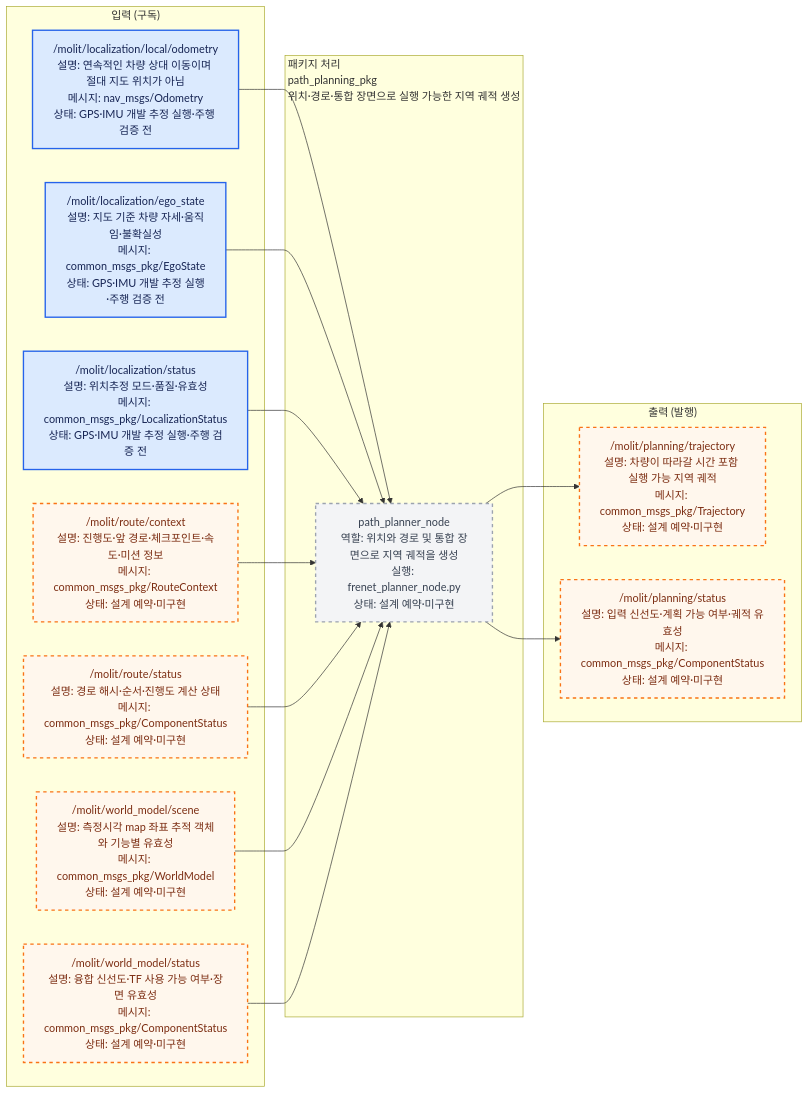
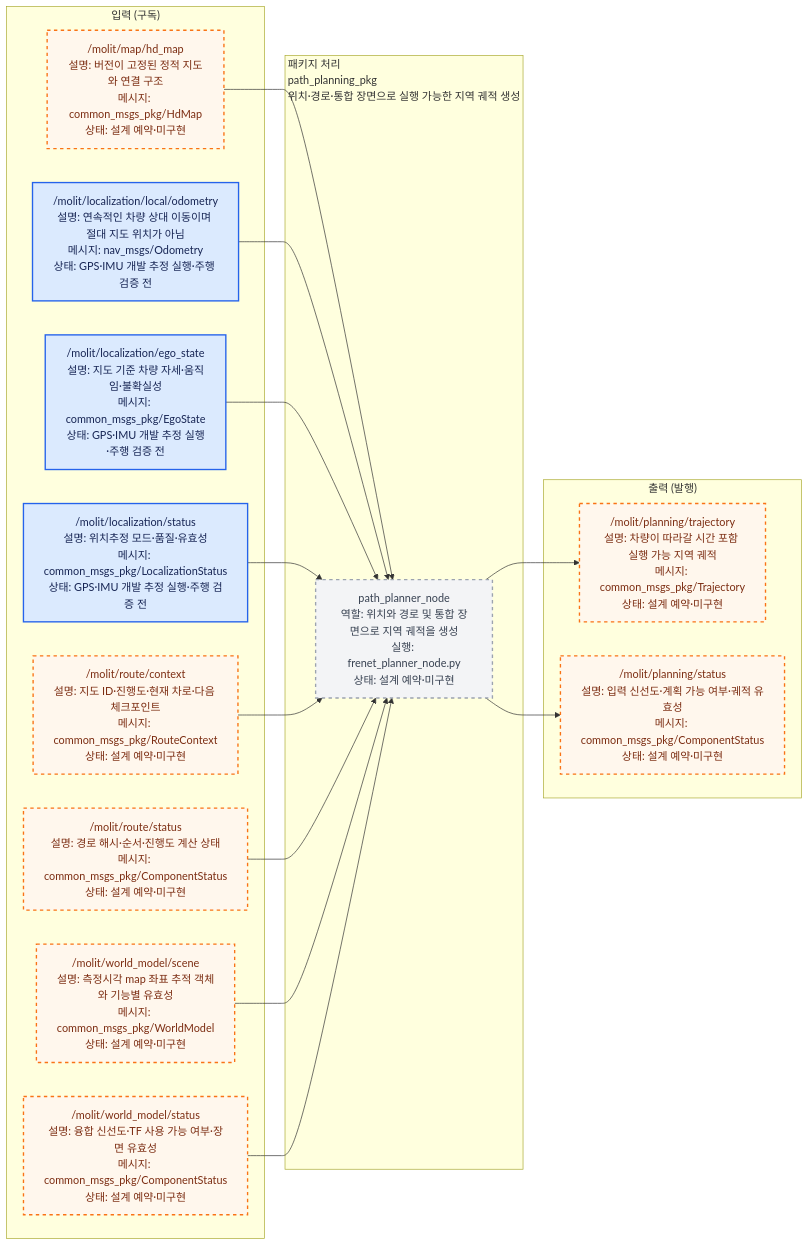
One commit to Team-Stier/Morai_Sim_team2 changed the diagram in src/path_planning_pkg/docs/interface_io.mmd. Above: the diagram before and after it, drawn with Mermaid. The commit also changed 37 other files, not shown here.

First line of the commit message:
정적 HD맵 캐시로 Route 진행 메시지 경량화

```diff
--- a/src/path_planning_pkg/docs/interface_io.mmd
+++ b/src/path_planning_pkg/docs/interface_io.mmd
@@ -1,47 +1,50 @@
 %% AUTO-GENERATED by ros_architecture_pkg/scripts/generate_interface_diagrams.py. DO NOT EDIT.
 %% Source of truth: ros_architecture_pkg/config/interface_contract.yaml
 flowchart LR
     classDef liveNode fill:#dcfce7,color:#14532d,stroke:#16a34a,stroke-width:2px;
     classDef reservedNode fill:#f3f4f6,color:#374151,stroke:#9ca3af,stroke-width:2px,stroke-dasharray: 5 5;
     classDef liveTopic fill:#dbeafe,color:#172554,stroke:#2563eb,stroke-width:2px;
     classDef reservedTopic fill:#fff7ed,color:#7c2d12,stroke:#f97316,stroke-width:2px,stroke-dasharray: 5 5;
     classDef emptyPort fill:#ffffff,color:#6b7280,stroke:#d1d5db,stroke-dasharray: 3 3;
     classDef externalEndpoint fill:#f3e8ff,color:#581c87,stroke:#9333ea,stroke-width:3px;
 
     subgraph INPUTS["입력 (구독)"]
-        input_000["/molit/localization/local/odometry<br/>설명: 연속적인 차량 상대 이동이며 절대 지도 위치가 아님<br/>메시지: nav_msgs/Odometry<br/>상태: GPS·IMU 개발 추정 실행·주행 검증 전"]
-        input_001["/molit/localization/ego_state<br/>설명: 지도 기준 차량 자세·움직임·불확실성<br/>메시지: common_msgs_pkg/EgoState<br/>상태: GPS·IMU 개발 추정 실행·주행 검증 전"]
-        input_002["/molit/localization/status<br/>설명: 위치추정 모드·품질·유효성<br/>메시지: common_msgs_pkg/LocalizationStatus<br/>상태: GPS·IMU 개발 추정 실행·주행 검증 전"]
-        input_003["/molit/route/context<br/>설명: 진행도·앞 경로·체크포인트·속도·미션 정보<br/>메시지: common_msgs_pkg/RouteContext<br/>상태: 설계 예약·미구현"]
-        input_004["/molit/route/status<br/>설명: 경로 해시·순서·진행도 계산 상태<br/>메시지: common_msgs_pkg/ComponentStatus<br/>상태: 설계 예약·미구현"]
-        input_005["/molit/world_model/scene<br/>설명: 측정시각 map 좌표 추적 객체와 기능별 유효성<br/>메시지: common_msgs_pkg/WorldModel<br/>상태: 설계 예약·미구현"]
-        input_006["/molit/world_model/status<br/>설명: 융합 신선도·TF 사용 가능 여부·장면 유효성<br/>메시지: common_msgs_pkg/ComponentStatus<br/>상태: 설계 예약·미구현"]
+        input_000["/molit/map/hd_map<br/>설명: 버전이 고정된 정적 지도와 연결 구조<br/>메시지: common_msgs_pkg/HdMap<br/>상태: 설계 예약·미구현"]
+        input_001["/molit/localization/local/odometry<br/>설명: 연속적인 차량 상대 이동이며 절대 지도 위치가 아님<br/>메시지: nav_msgs/Odometry<br/>상태: GPS·IMU 개발 추정 실행·주행 검증 전"]
+        input_002["/molit/localization/ego_state<br/>설명: 지도 기준 차량 자세·움직임·불확실성<br/>메시지: common_msgs_pkg/EgoState<br/>상태: GPS·IMU 개발 추정 실행·주행 검증 전"]
+        input_003["/molit/localization/status<br/>설명: 위치추정 모드·품질·유효성<br/>메시지: common_msgs_pkg/LocalizationStatus<br/>상태: GPS·IMU 개발 추정 실행·주행 검증 전"]
+        input_004["/molit/route/context<br/>설명: 지도 ID·진행도·현재 차로·다음 체크포인트<br/>메시지: common_msgs_pkg/RouteContext<br/>상태: 설계 예약·미구현"]
+        input_005["/molit/route/status<br/>설명: 경로 해시·순서·진행도 계산 상태<br/>메시지: common_msgs_pkg/ComponentStatus<br/>상태: 설계 예약·미구현"]
+        input_006["/molit/world_model/scene<br/>설명: 측정시각 map 좌표 추적 객체와 기능별 유효성<br/>메시지: common_msgs_pkg/WorldModel<br/>상태: 설계 예약·미구현"]
+        input_007["/molit/world_model/status<br/>설명: 융합 신선도·TF 사용 가능 여부·장면 유효성<br/>메시지: common_msgs_pkg/ComponentStatus<br/>상태: 설계 예약·미구현"]
     end
     subgraph PACKAGE["패키지 처리<br/>path_planning_pkg<br/>위치·경로·통합 장면으로 실행 가능한 지역 궤적 생성"]
         local_node_000["path_planner_node<br/>역할: 위치와 경로 및 통합 장면으로 지역 궤적을 생성<br/>실행: frenet_planner_node.py<br/>상태: 설계 예약·미구현"]
     end
     subgraph OUTPUTS["출력 (발행)"]
         output_000["/molit/planning/trajectory<br/>설명: 차량이 따라갈 시간 포함 실행 가능 지역 궤적<br/>메시지: common_msgs_pkg/Trajectory<br/>상태: 설계 예약·미구현"]
         output_001["/molit/planning/status<br/>설명: 입력 신선도·계획 가능 여부·궤적 유효성<br/>메시지: common_msgs_pkg/ComponentStatus<br/>상태: 설계 예약·미구현"]
     end
 
     input_000 --> local_node_000
     input_001 --> local_node_000
     input_002 --> local_node_000
     input_003 --> local_node_000
     input_004 --> local_node_000
     input_005 --> local_node_000
     input_006 --> local_node_000
+    input_007 --> local_node_000
     local_node_000 --> output_000
     local_node_000 --> output_001
 
     class local_node_000 reservedNode;
-    class input_000 liveTopic;
+    class input_000 reservedTopic;
     class input_001 liveTopic;
     class input_002 liveTopic;
-    class input_003 reservedTopic;
+    class input_003 liveTopic;
     class input_004 reservedTopic;
     class input_005 reservedTopic;
     class input_006 reservedTopic;
+    class input_007 reservedTopic;
     class output_000 reservedTopic;
     class output_001 reservedTopic;
```
